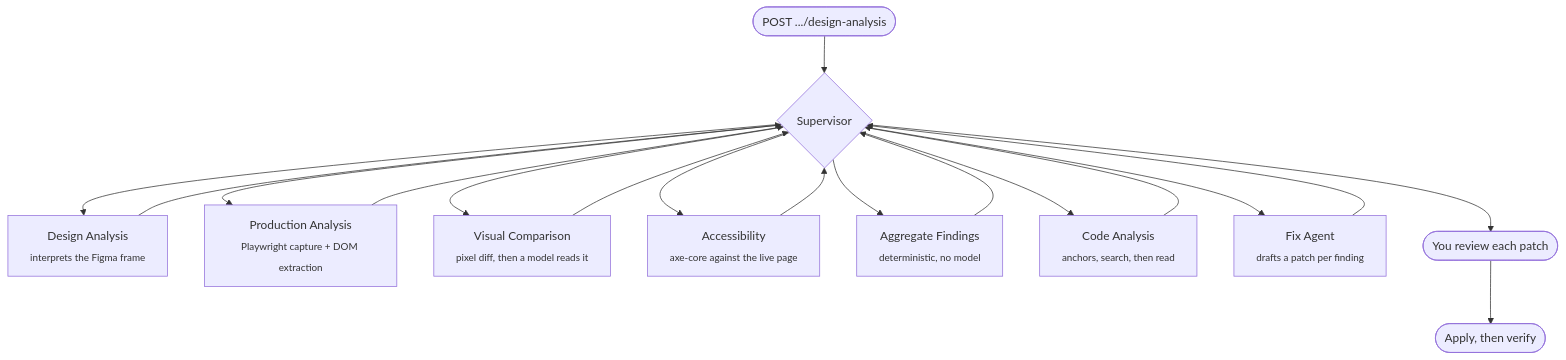
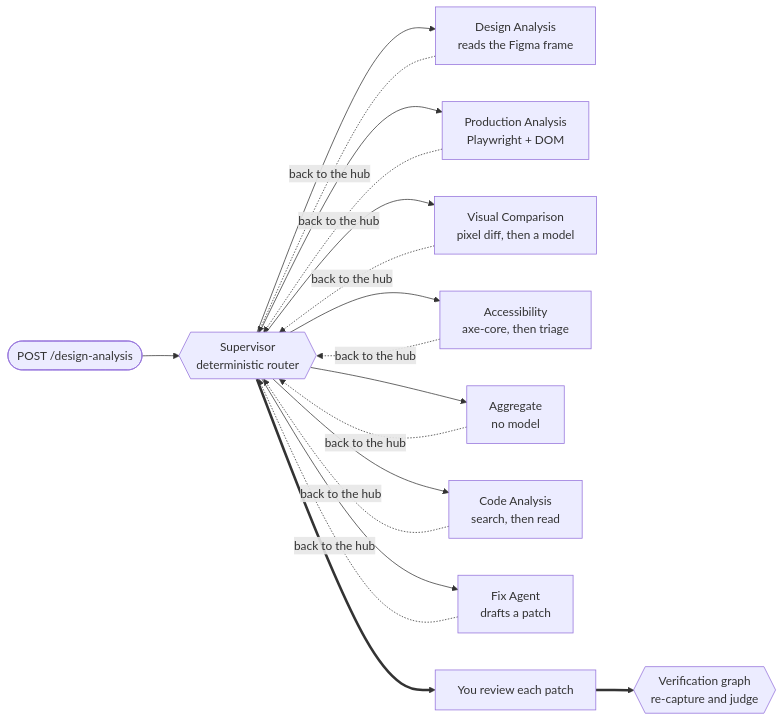
One commit to gauri2029/design-drift changed the diagram in README.md. Above: the diagram before and after it, drawn with Mermaid. The commit also changed other lines of this file and 47 other files, not shown here.

Commit message:
Add production deployment, a read-only public demo, and rewrite the readme

````diff
--- a/README.md
+++ b/README.md
@@ -63,20 +90,17 @@
 ```mermaid
-flowchart TD
-    START([POST .../design-analysis]) --> SUP{Supervisor}
-    SUP --> DA[Design Analysis<br/><sub>interprets the Figma frame</sub>]
-    DA --> SUP
-    SUP --> PA[Production Analysis<br/><sub>Playwright capture + DOM extraction</sub>]
-    PA --> SUP
-    SUP --> VC[Visual Comparison<br/><sub>pixel diff, then a model reads it</sub>]
-    VC --> SUP
-    SUP --> AX[Accessibility<br/><sub>axe-core against the live page</sub>]
-    AX --> SUP
-    SUP --> AGG[Aggregate Findings<br/><sub>deterministic, no model</sub>]
-    AGG --> SUP
-    SUP --> CA[Code Analysis<br/><sub>anchors, search, then read</sub>]
-    CA --> SUP
-    SUP --> FIX[Fix Agent<br/><sub>drafts a patch per finding</sub>]
-    FIX --> SUP
-    SUP --> HUMAN([You review each patch])
-    HUMAN --> APPLY([Apply, then verify])
+flowchart LR
+    START([POST /design-analysis]) --> SUP{{"Supervisor<br/>deterministic router"}}
+
+    SUP --> DA["Design Analysis<br/>reads the Figma frame"]
+    SUP --> PA["Production Analysis<br/>Playwright + DOM"]
+    SUP --> VC["Visual Comparison<br/>pixel diff, then a model"]
+    SUP --> AX["Accessibility<br/>axe-core, then triage"]
+    SUP --> AGG["Aggregate<br/>no model"]
+    SUP --> CA["Code Analysis<br/>search, then read"]
+    SUP --> FIX["Fix Agent<br/>drafts a patch"]
+
+    DA & PA & VC & AX & AGG & CA & FIX -.->|back to the hub| SUP
+
+    SUP ==> HUMAN["You review each patch"]
+    HUMAN ==> VER{{"Verification graph<br/>re-capture and judge"}}
 ```
````
